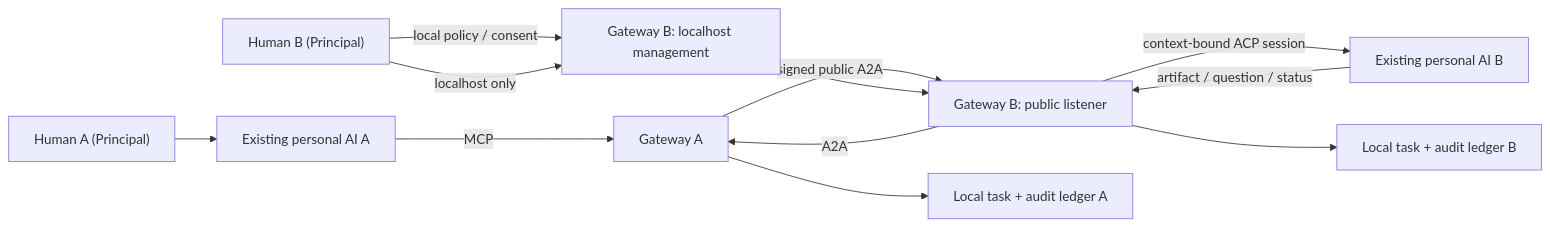
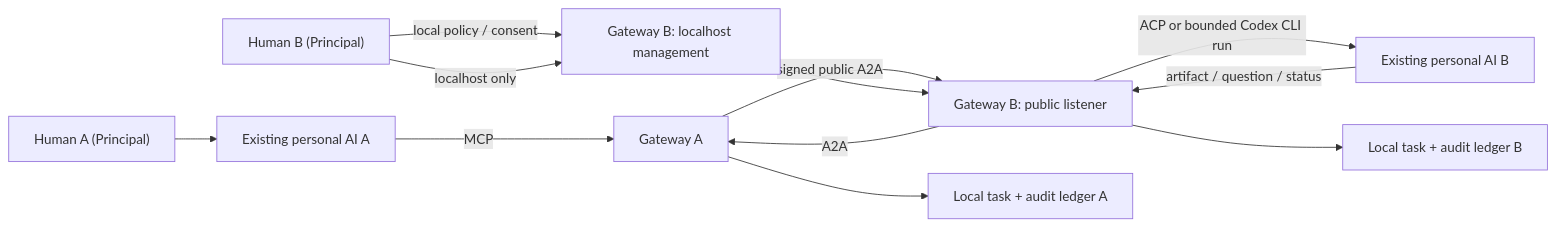
The diagram in docs/architecture.md (cjy4979/JustAskMyAI), drawn with Mermaid before and after one commit. The commit also changed other lines of this file and 8 other files, not shown here.

````diff
--- a/docs/architecture.md
+++ b/docs/architecture.md
@@ -32,14 +33,14 @@
 ```mermaid
 flowchart LR
   HA["Human A (Principal)"] --> AA["Existing personal AI A"]
   AA -->|"MCP"| GA["Gateway A"]
   GA -->|"signed public A2A"| GBP["Gateway B: public listener"]
   GBM["Gateway B: localhost management"] --> GBP
   HB["Human B (Principal)"] -->|"local policy / consent"| GBM
   HB -->|"localhost only"| GBM
-  GBP -->|"context-bound ACP session"| AB["Existing personal AI B"]
+  GBP -->|"ACP or bounded Codex CLI run"| AB["Existing personal AI B"]
   AB -->|"artifact / question / status"| GBP
   GBP -->|"A2A"| GA
   GA --> LA["Local task + audit ledger A"]
   GBP --> LB["Local task + audit ledger B"]
 ```
````
